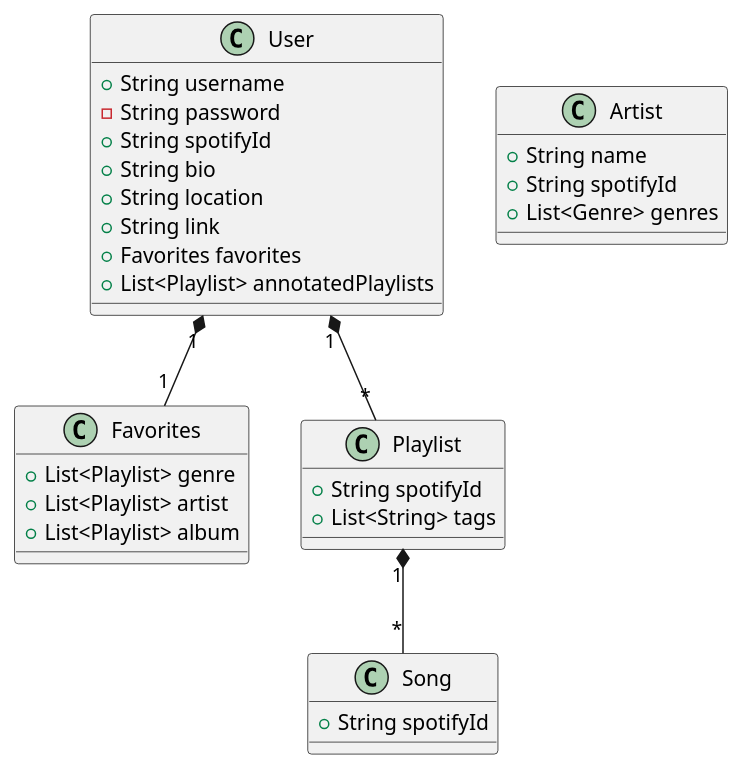
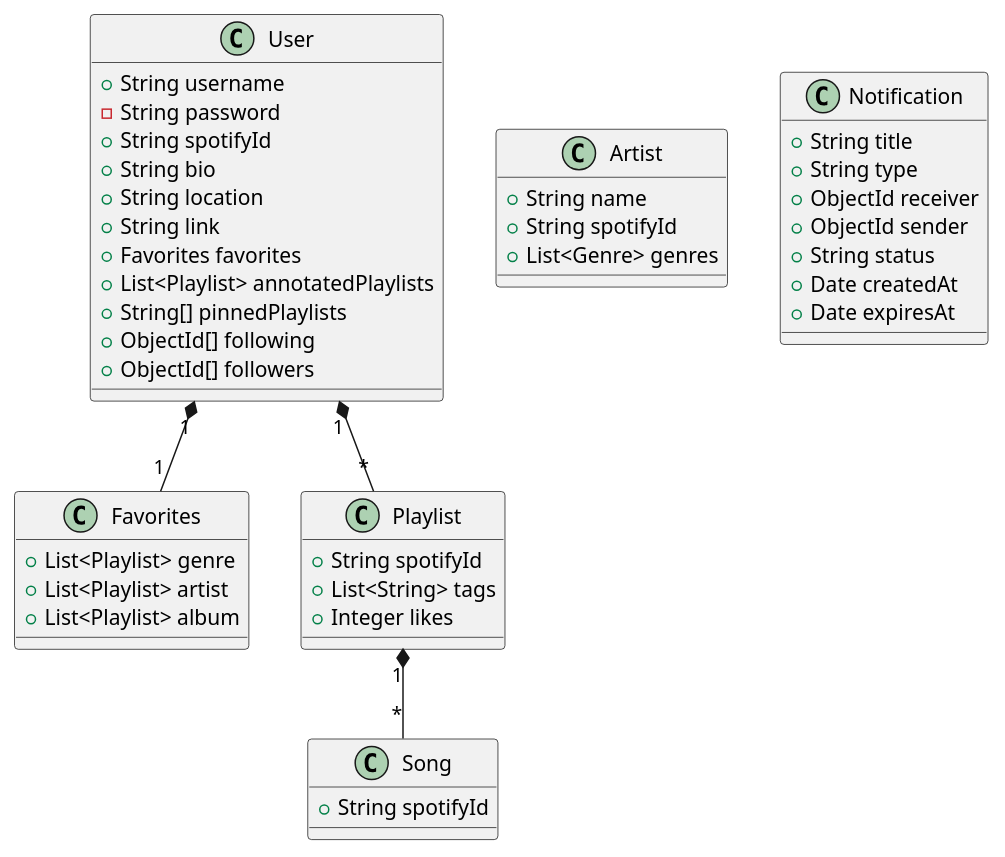
Before and after one commit to kadelk04/Spinterest: the diagram in db_structure.puml, drawn with PlantUML. The commit also changed 1 other file, not shown here.

Commit message:
updated uml

```diff
--- a/db_structure.puml
+++ b/db_structure.puml
@@ -2,44 +2,59 @@
 @startuml db_structure
 'Users structure'
 class User {
     +String username
     -String password
     +String spotifyId
     +String bio
     +String location
     +String link
     +Favorites favorites
     +List<Playlist> annotatedPlaylists
+    +String[] pinnedPlaylists
+    +ObjectId[] following
+    +ObjectId[] followers
 }
 
 'Favorites structure'
 class Favorites {
     +List<Playlist> genre
     +List<Playlist> artist
     +List<Playlist> album
 }
 
 'Playlist structure'
 class Playlist {
     +String spotifyId
     +List<String> tags
+    +Integer likes
 }
 
 'Song structure'
 class Song {
     +String spotifyId
 }
 
 'Artist structure'
 class Artist {
     +String name
     +String spotifyId
     +List<Genre> genres
 }
 
+'Notification structure'
+class Notification {
+    +String title
+    +String type
+    +ObjectId receiver
+    +ObjectId sender
+    +String status
+    +Date createdAt
+    +Date expiresAt
+}
 Playlist "1" *-- "*" Song
 
 User "1" *-- "*" Playlist
 
 User "1" *-- "1" Favorites
+
 @enduml
```
